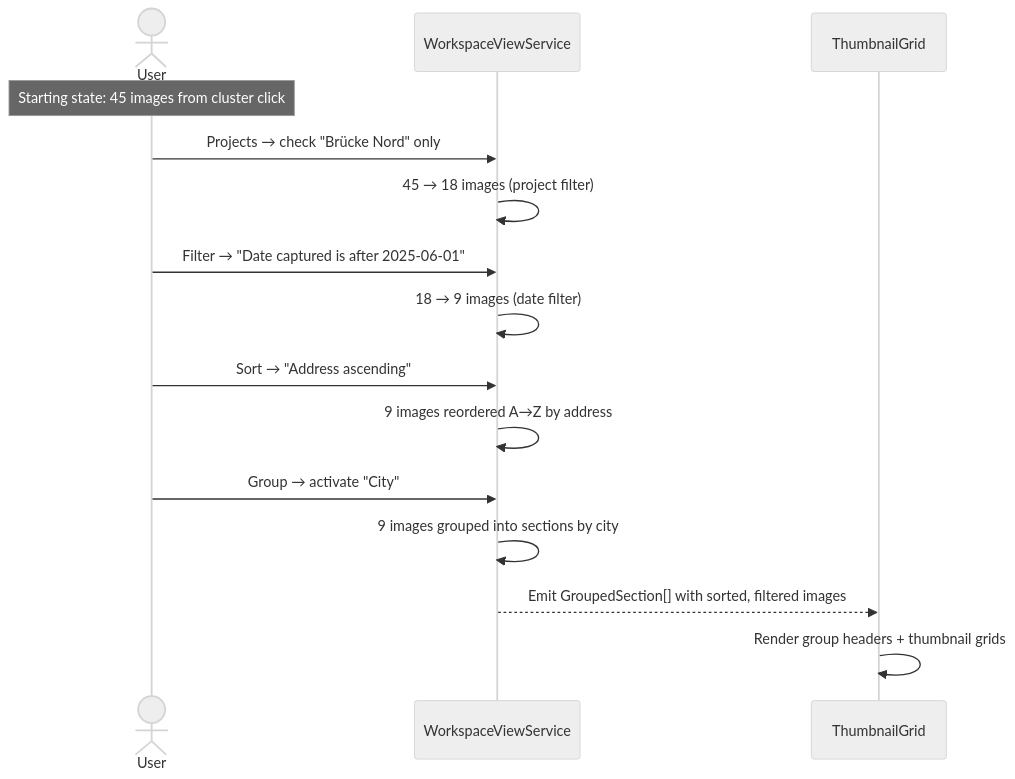
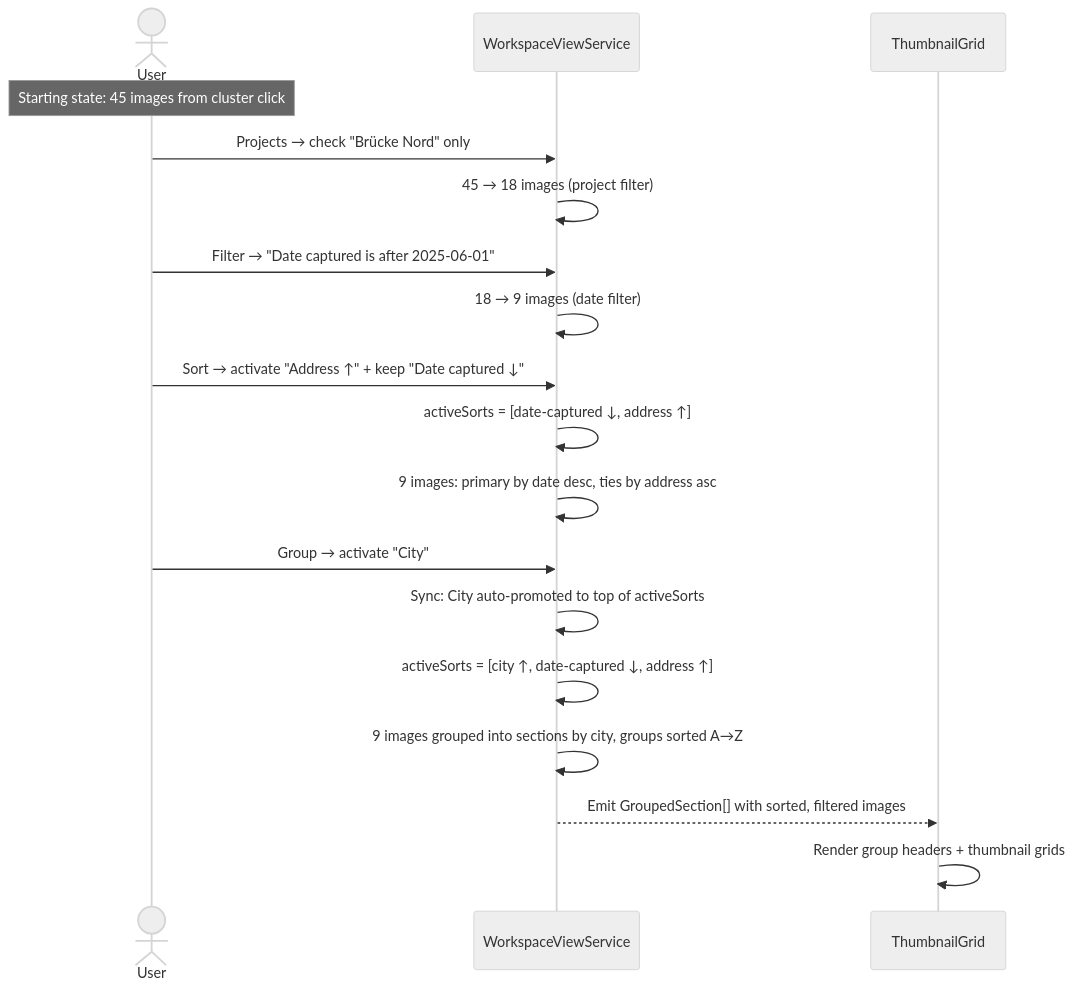
Before and after one commit to matkleve/feldpost: diagram 18 of 27 in docs/use-cases/workspace-view.md, drawn with Mermaid (neutral theme). The commit also changed other lines of this file and 5 other files, not shown here.

````diff
--- a/docs/use-cases/workspace-view.md
+++ b/docs/use-cases/workspace-view.md
@@ -408,23 +596,26 @@
 ```mermaid
 sequenceDiagram
     actor User
     participant WVS as WorkspaceViewService
     participant Grid as ThumbnailGrid
 
     Note over User: Starting state: 45 images from cluster click
 
     User->>WVS: Projects → check "Brücke Nord" only
     WVS->>WVS: 45 → 18 images (project filter)
 
     User->>WVS: Filter → "Date captured is after 2025-06-01"
     WVS->>WVS: 18 → 9 images (date filter)
 
-    User->>WVS: Sort → "Address ascending"
-    WVS->>WVS: 9 images reordered A→Z by address
+    User->>WVS: Sort → activate "Address ↑" + keep "Date captured ↓"
+    WVS->>WVS: activeSorts = [date-captured ↓, address ↑]
+    WVS->>WVS: 9 images: primary by date desc, ties by address asc
 
     User->>WVS: Group → activate "City"
-    WVS->>WVS: 9 images grouped into sections by city
+    WVS->>WVS: Sync: City auto-promoted to top of activeSorts
+    WVS->>WVS: activeSorts = [city ↑, date-captured ↓, address ↑]
+    WVS->>WVS: 9 images grouped into sections by city, groups sorted A→Z
 
     WVS-->>Grid: Emit GroupedSection[] with sorted, filtered images
     Grid->>Grid: Render group headers + thumbnail grids
 ```
````
